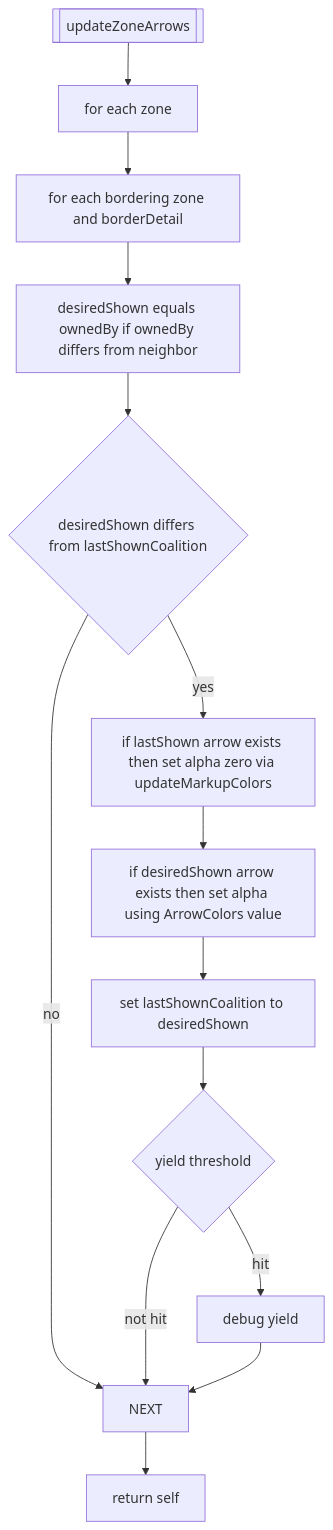
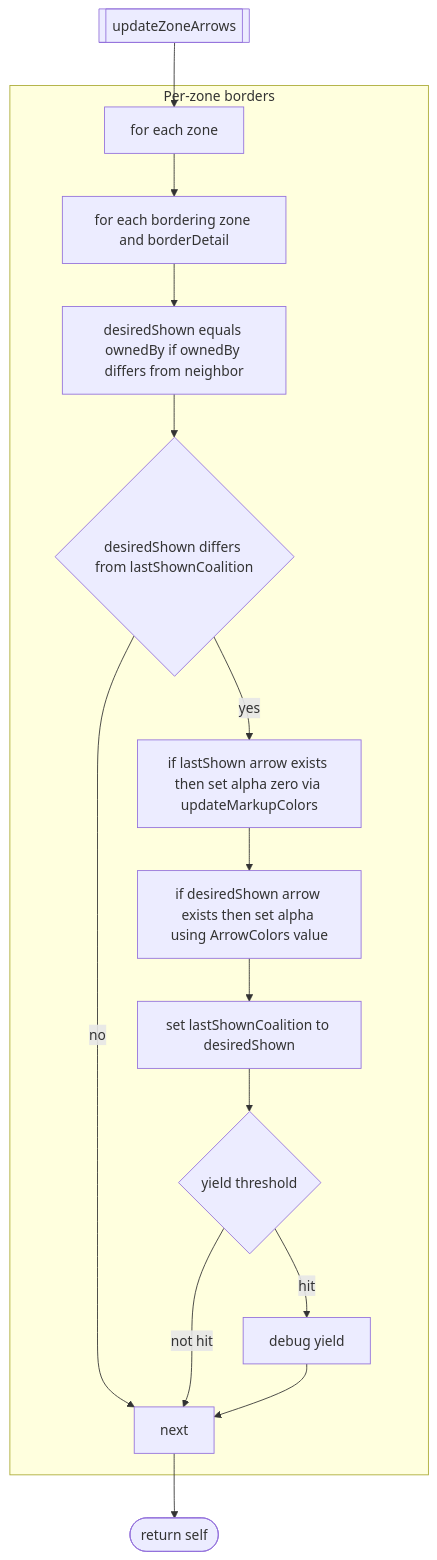
One commit to Gh0st352/AETHR changed the fourth of 7 diagrams in docs/world/ownership.md. Above: the diagram before and after it, drawn with Mermaid. The commit also changed other lines of this file and 7 other files, not shown here.

First line of the commit message:
docs(world, mermaid): normalize headings and standardize Mermaid diagrams

````diff
--- a/docs/world/ownership.md
+++ b/docs/world/ownership.md
@@ -88,16 +109,23 @@
 ```mermaid
+%% shared theme: docs/_mermaid/theme.json %%
 flowchart TD
   UZA[[updateZoneArrows]] --> ZL[for each zone]
-  ZL --> BZL[for each bordering zone and borderDetail]
-  BZL --> DES[desiredShown equals ownedBy if ownedBy differs from neighbor]
-  DES --> CHG{desiredShown differs from lastShownCoalition}
-  CHG -->|no| NEXT
-  CHG -->|yes| HIDE[if lastShown arrow exists then set alpha zero via updateMarkupColors]
-  HIDE --> SHOW[if desiredShown arrow exists then set alpha using ArrowColors value]
-  SHOW --> SAVE[set lastShownCoalition to desiredShown]
-  SAVE --> YLD{yield threshold}
-  YLD -->|hit| CY[debug yield]
-  YLD -->|not hit| NEXT
-  CY --> NEXT
-  NEXT --> DONE[return self]
+  subgraph "Per-zone borders"
+    ZL --> BZL[for each bordering zone and borderDetail]
+    BZL --> DES[desiredShown equals ownedBy if ownedBy differs from neighbor]
+    DES --> CHG{desiredShown differs from lastShownCoalition}
+    CHG -- "no" --> NEXT[next]
+    CHG -- "yes" --> HIDE[if lastShown arrow exists then set alpha zero via updateMarkupColors]
+    HIDE --> SHOW[if desiredShown arrow exists then set alpha using ArrowColors value]
+    SHOW --> SAVE[set lastShownCoalition to desiredShown]
+    SAVE --> YLD{yield threshold}
+    YLD -- "hit" --> CY[debug yield]
+    YLD -- "not hit" --> NEXT
+    CY --> NEXT
+  end
+  NEXT --> DONE([return self])
+
+  class CHG,YLD class_decision;
+  class DONE class_result;
+  class UZA,ZL,BZL,DES,HIDE,SHOW,SAVE,NEXT,CY class_step;
 ```
````
